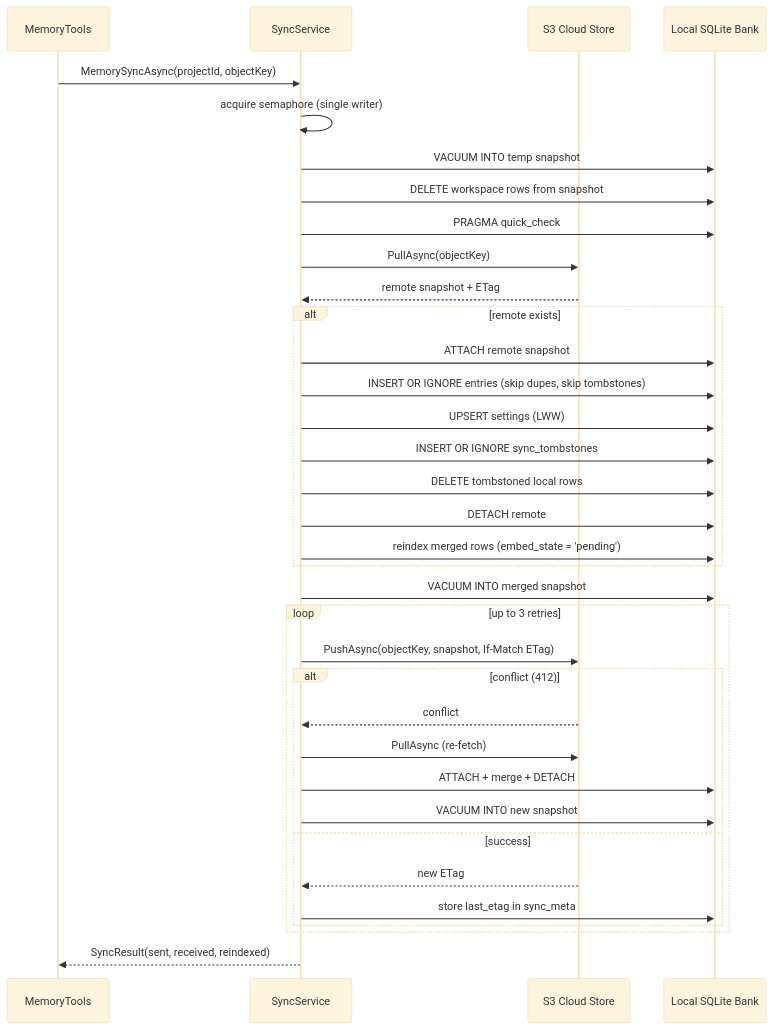
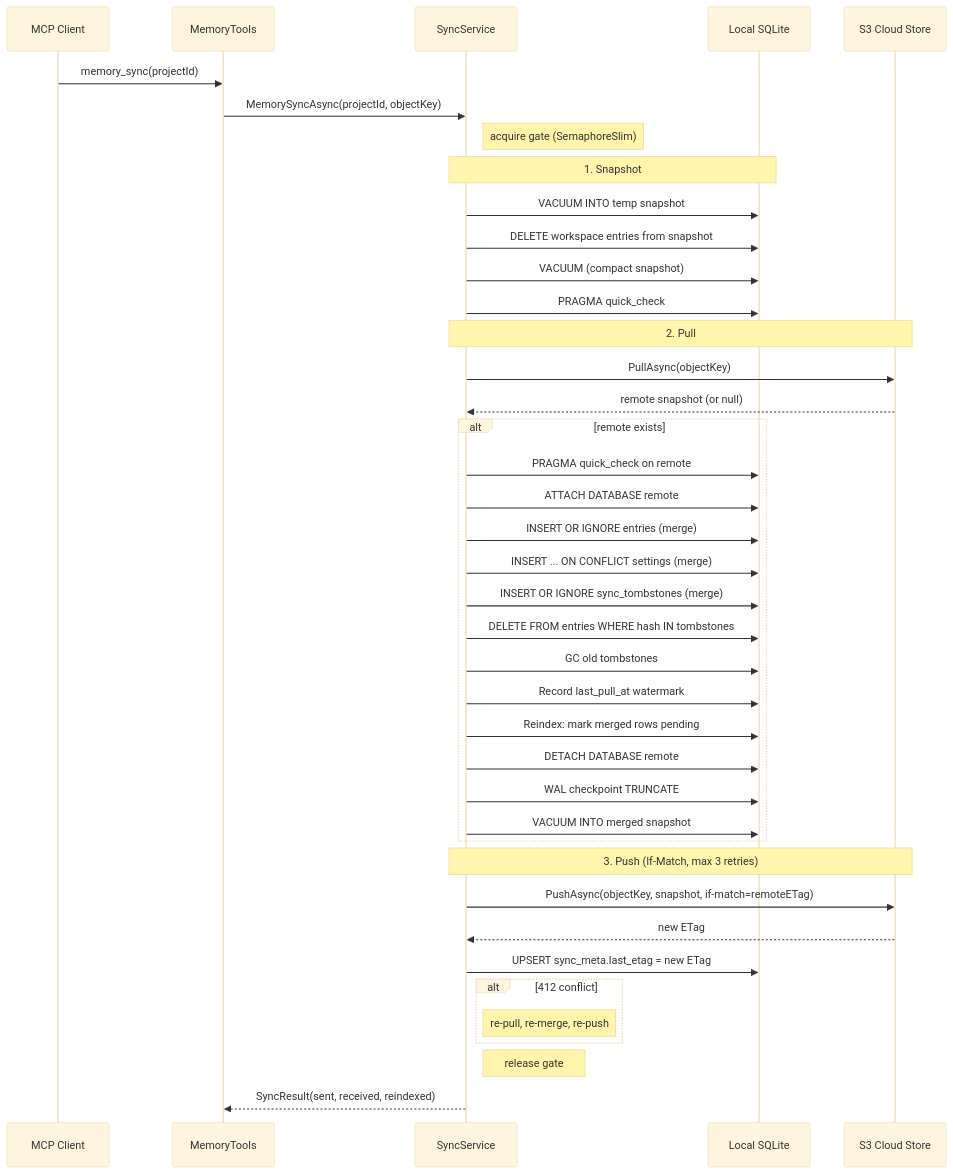
The fourth of 6 diagrams in docs/explanation/architecture.md (Arasz/ai-raccoon), drawn with Mermaid (base theme) before and after one commit. The commit also changed other lines of this file, not shown here.

Commit message:
docs: add architecture.md with schema, data flow, query flow, sync cycle, workspace lifecycle, access modes, and algorithm mermaid diagrams

````diff
--- a/docs/explanation/architecture.md
+++ b/docs/explanation/architecture.md
@@ -228,38 +228,47 @@
 ```mermaid
 sequenceDiagram
-  participant TOOL as MemoryTools
-  participant SYNC as SyncService
-  participant CLOUD as S3 Cloud Store
-  participant DB as Local SQLite Bank
+    participant C as MCP Client
+    participant T as MemoryTools
+    participant S as SyncService
+    participant L as Local SQLite
+    participant R as S3 Cloud Store
 
-  TOOL->>SYNC: MemorySyncAsync(projectId, objectKey)
-  SYNC->>SYNC: acquire semaphore (single writer)
-  SYNC->>DB: VACUUM INTO temp snapshot
-  SYNC->>DB: DELETE workspace rows from snapshot
-  SYNC->>DB: PRAGMA quick_check
-  SYNC->>CLOUD: PullAsync(objectKey)
-  CLOUD-->>SYNC: remote snapshot + ETag
-  alt remote exists
-    SYNC->>DB: ATTACH remote snapshot
-    SYNC->>DB: INSERT OR IGNORE entries (skip dupes, skip tombstones)
-    SYNC->>DB: UPSERT settings (LWW)
-    SYNC->>DB: INSERT OR IGNORE sync_tombstones
-    SYNC->>DB: DELETE tombstoned local rows
-    SYNC->>DB: DETACH remote
-    SYNC->>DB: reindex merged rows (embed_state = 'pending')
-  end
-  SYNC->>DB: VACUUM INTO merged snapshot
-  loop up to 3 retries
-    SYNC->>CLOUD: PushAsync(objectKey, snapshot, If-Match ETag)
-    alt conflict (412)
-      CLOUD-->>SYNC: conflict
-      SYNC->>CLOUD: PullAsync (re-fetch)
-      SYNC->>DB: ATTACH + merge + DETACH
-      SYNC->>DB: VACUUM INTO new snapshot
-    else success
-      CLOUD-->>SYNC: new ETag
-      SYNC->>DB: store last_etag in sync_meta
+    C->>T: memory_sync(projectId)
+    T->>S: MemorySyncAsync(projectId, objectKey)
+    Note right of S: acquire gate (SemaphoreSlim)
+
+    Note over S,L: 1. Snapshot
+    S->>L: VACUUM INTO temp snapshot
+    S->>L: DELETE workspace entries from snapshot
+    S->>L: VACUUM (compact snapshot)
+    S->>L: PRAGMA quick_check
+
+    Note over S,R: 2. Pull
+    S->>R: PullAsync(objectKey)
+    R-->>S: remote snapshot (or null)
+    alt remote exists
+        S->>L: PRAGMA quick_check on remote
+        S->>L: ATTACH DATABASE remote
+        S->>L: INSERT OR IGNORE entries (merge)
+        S->>L: INSERT ... ON CONFLICT settings (merge)
+        S->>L: INSERT OR IGNORE sync_tombstones (merge)
+        S->>L: DELETE FROM entries WHERE hash IN tombstones
+        S->>L: GC old tombstones
+        S->>L: Record last_pull_at watermark
+        S->>L: Reindex: mark merged rows pending
+        S->>L: DETACH DATABASE remote
+        S->>L: WAL checkpoint TRUNCATE
+        S->>L: VACUUM INTO merged snapshot
     end
-  end
-  SYNC-->>TOOL: SyncResult(sent, received, reindexed)
+
+    Note over S,R: 3. Push (If-Match, max 3 retries)
+    S->>R: PushAsync(objectKey, snapshot, if-match=remoteETag)
+    R-->>S: new ETag
+    S->>L: UPSERT sync_meta.last_etag = new ETag
+    alt 412 conflict
+        Note right of S: re-pull, re-merge, re-push
+    end
+
+    Note right of S: release gate
+    S-->>T: SyncResult(sent, received, reindexed)
 ```
````
